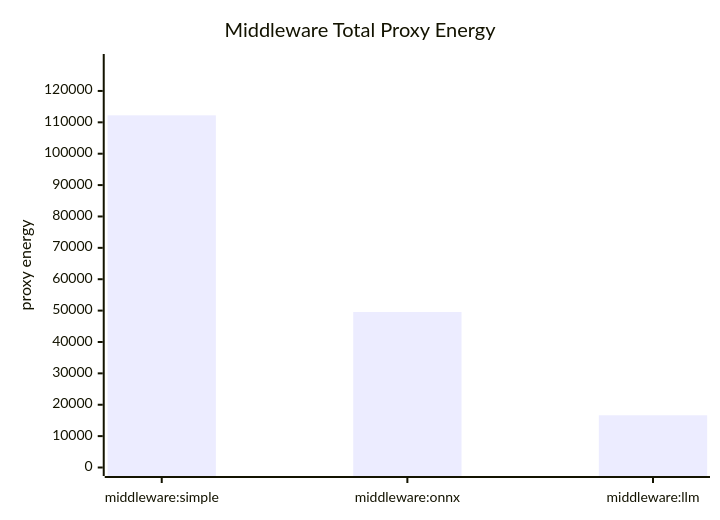
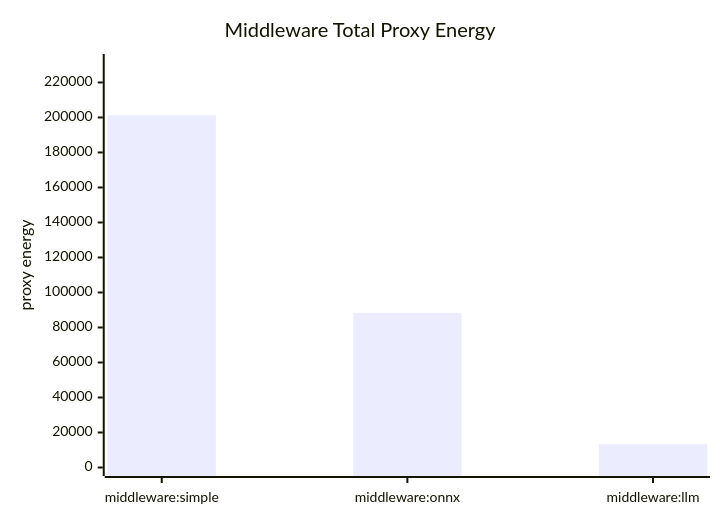
The second of 3 diagrams in tmp/highscattered_first30_middleware_summary.md (JonasLiebschner/Frugal-AI), drawn with Mermaid before and after one commit. The commit also changed other lines of this file and 12 other files, not shown here.

````diff
--- a/tmp/highscattered_first30_middleware_summary.md
+++ b/tmp/highscattered_first30_middleware_summary.md
@@ -34,7 +34,7 @@
 ```mermaid
 xychart-beta
     title "Middleware Total Proxy Energy"
     x-axis ["middleware:simple", "middleware:onnx", "middleware:llm"]
-    y-axis "proxy energy" 0 --> 129067
-    bar [112231.47, 49564.8, 16641.35]
+    y-axis "proxy energy" 0 --> 231406
+    bar [201222.16, 88335.58, 13311.5]
 ```
````
